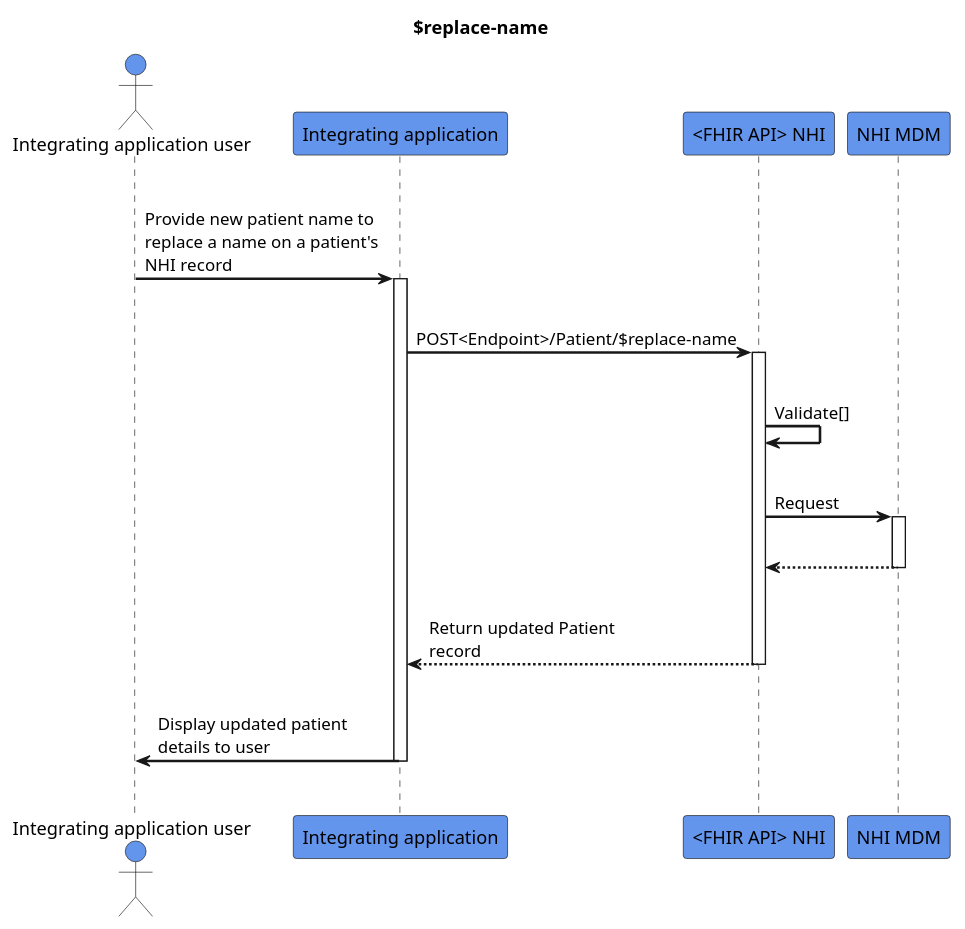
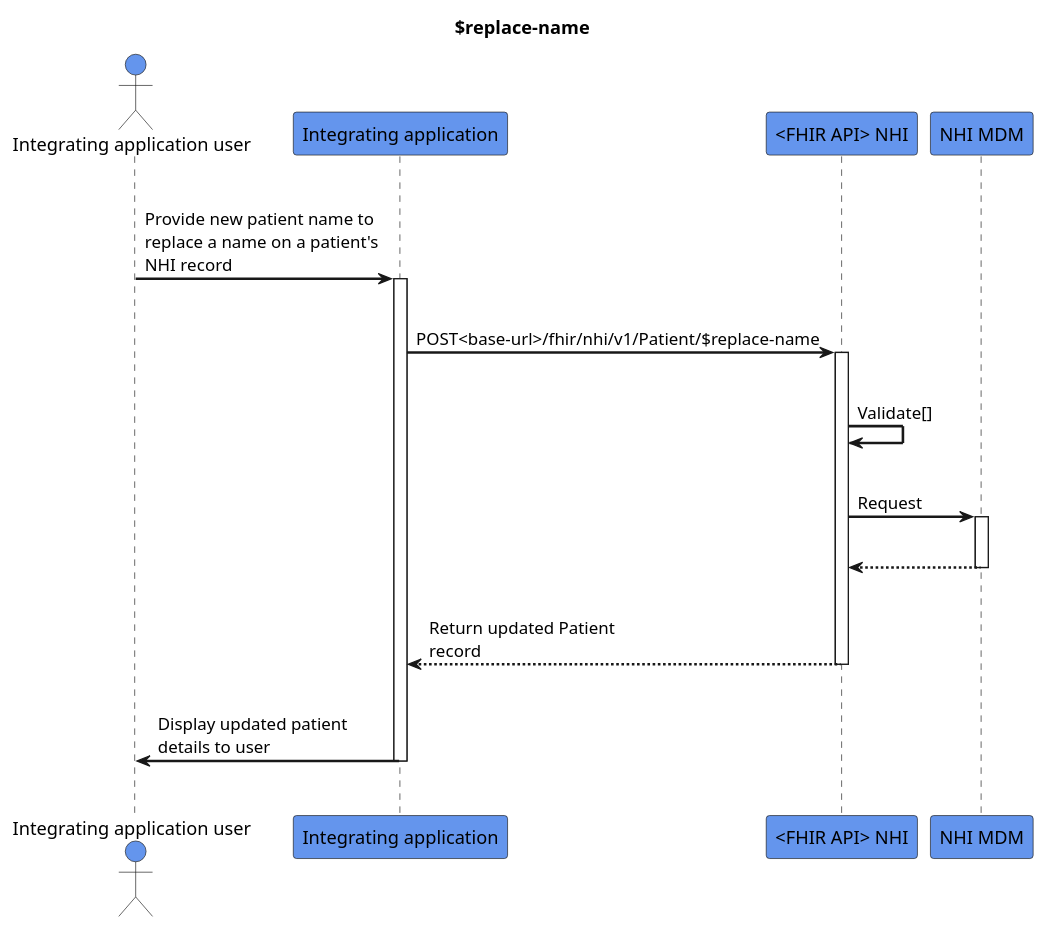
One commit to HL7NZ/nhi changed the diagram in input/images-source/replace-name.plantuml. Above: the diagram before and after it, drawn with PlantUML.

```diff
--- a/input/images-source/replace-name.plantuml
+++ b/input/images-source/replace-name.plantuml
@@ -1,32 +1,32 @@
 @startuml
 skinparam sequenceArrowThickness 2
 skinparam roundcorner 5
 skinparam maxmessagesize 180
 skinparam sequenceParticipant bold
 title $replace-name
 actor "Integrating application user" as User #CornflowerBlue
 participant "Integrating application" as A #CornflowerBlue
 participant "<FHIR API> NHI" as B #CornflowerBlue
 participant "NHI MDM" as C #CornflowerBlue
 |||
 User -> A: Provide new patient name to replace a name on a patient's NHI record
 activate A
 |||
-A -> B: POST<Endpoint>/Patient/$replace-name
+A -> B: POST<base-url>/fhir/nhi/v1/Patient/$replace-name
 activate B
 |||
 B -> B: Validate[]
 |||
 B -> C: Request
 activate C
 |||
 C -[dashed]-> B
 deactivate C
 |||
 B -[dashed]-> A: Return updated Patient record
 deactivate B
 |||
 A -> User: Display updated patient details to user
 deactivate A
 |||
 @enduml
```
